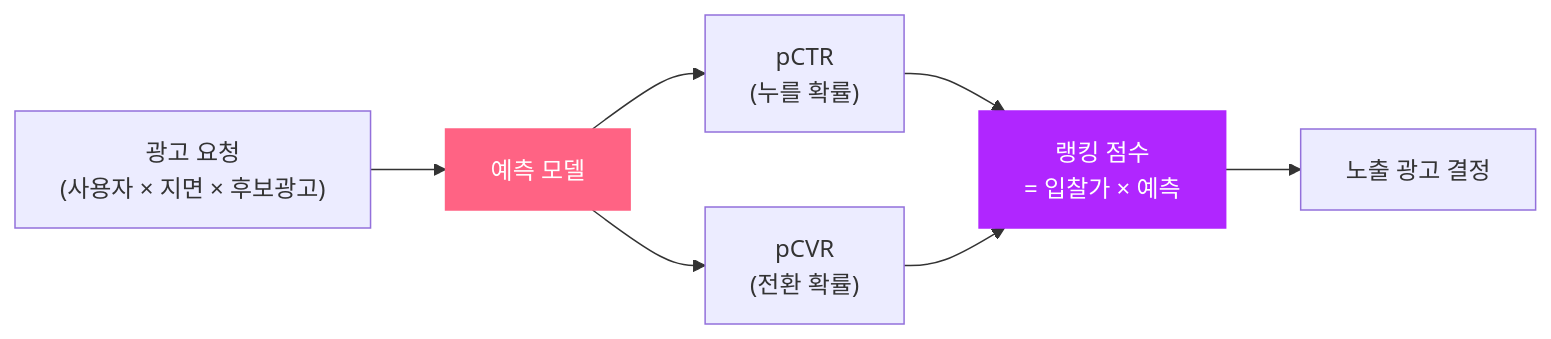
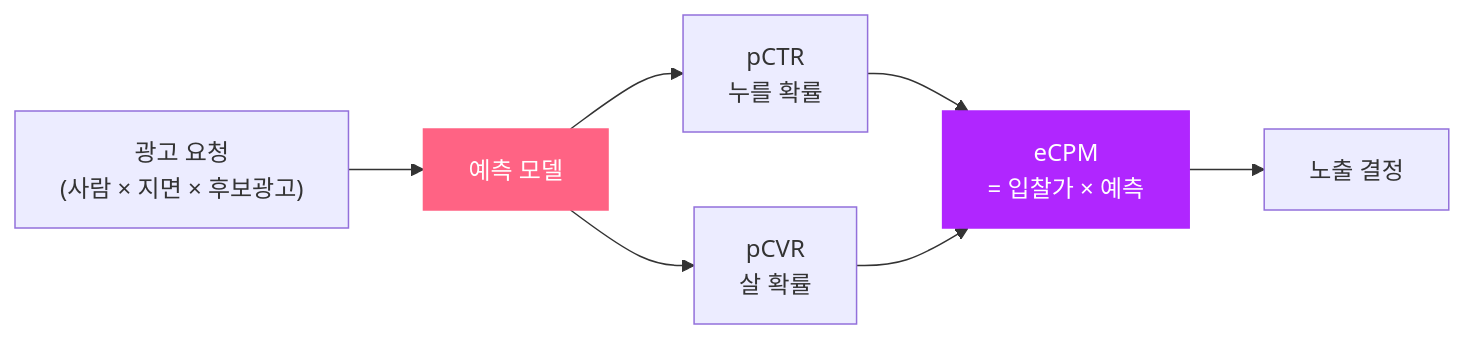
The first of 2 diagrams in posts/kakao-ads-prediction-targeting.md (chkimsu/adtech-blog), drawn with Mermaid before and after one commit. The commit also changed other lines of this file and 7 other files, not shown here.

````diff
--- a/posts/kakao-ads-prediction-targeting.md
+++ b/posts/kakao-ads-prediction-targeting.md
@@ -17,11 +25,11 @@
 ```mermaid
 graph LR
-    REQ["광고 요청<br/>(사용자 × 지면 × 후보광고)"] --> M["예측 모델"]
-    M --> PCTR["pCTR<br/>(누를 확률)"]
-    M --> PCVR["pCVR<br/>(전환 확률)"]
-    PCTR --> SCORE["랭킹 점수<br/>= 입찰가 × 예측"]
+    REQ["광고 요청<br/>(사람 × 지면 × 후보광고)"] --> M["예측 모델"]
+    M --> PCTR["pCTR<br/>누를 확률"]
+    M --> PCVR["pCVR<br/>살 확률"]
+    PCTR --> SCORE["eCPM<br/>= 입찰가 × 예측"]
     PCVR --> SCORE
-    SCORE --> WIN["노출 광고 결정"]
+    SCORE --> WIN["노출 결정"]
     style M fill:#ff6384,stroke:#ff6384,color:#fff
     style SCORE fill:#b026ff,stroke:#b026ff,color:#fff
 ```
````
